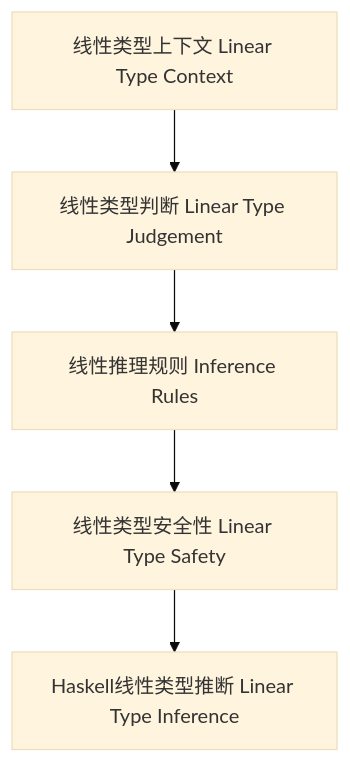
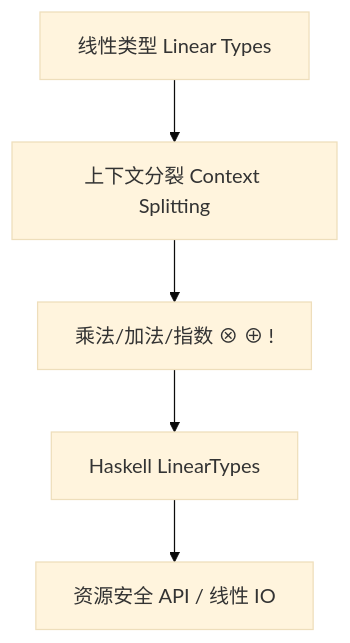
The diagram in docs/analysis/Type/01-Linear-Type-Theory.md (AdaMartin18010/haskell), drawn with Mermaid (base theme) before and after one commit. The commit also changed other lines of this file and 27 other files, not shown here.

````diff
--- a/docs/analysis/Type/01-Linear-Type-Theory.md
+++ b/docs/analysis/Type/01-Linear-Type-Theory.md
@@ -31,7 +92,7 @@
 ```mermaid
 graph TD
-  A[线性类型上下文 Linear Type Context] --> B[线性类型判断 Linear Type Judgement]
-  B --> C[线性推理规则 Inference Rules]
-  C --> D[线性类型安全性 Linear Type Safety]
-  D --> E[Haskell线性类型推断 Linear Type Inference]
+  A[线性类型 Linear Types] --> B[上下文分裂 Context Splitting]
+  B --> C[乘法/加法/指数 ⊗ ⊕ !]
+  C --> D[Haskell LinearTypes]
+  D --> E[资源安全 API / 线性 IO]
 ```
````
